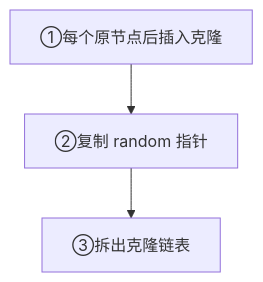
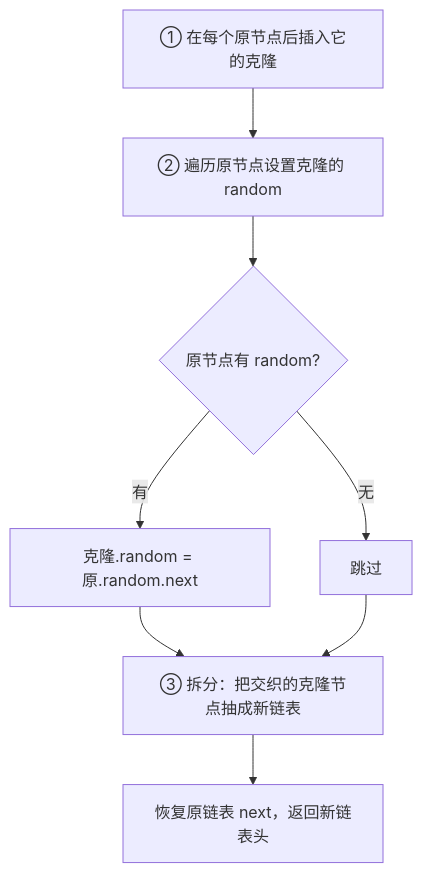
The first of 2 diagrams in 08-链表/0138-随机链表的复制.md (OctalZero/hot100-py), drawn with Mermaid before and after one commit. The commit also changed other lines of this file and 117 other files, not shown here.

First line of the commit message:
feat: 全题解配图升级为「动画式 mermaid」（总览骨架 + 横向时间线逐步推演）

````diff
--- a/08-链表/0138-随机链表的复制.md
+++ b/08-链表/0138-随机链表的复制.md
@@ -31,5 +31,10 @@
 ```mermaid
 flowchart TD
-    A["①每个原节点后插入克隆"] --> B["②复制 random 指针"]
-    B --> C["③拆出克隆链表"]
+    A["① 在每个原节点后插入它的克隆"] --> B["② 遍历原节点设置克隆的 random"]
+    B --> C{"原节点有 random?"}
+    C -->|"有"| D["克隆.random = 原.random.next"]
+    C -->|"无"| E["跳过"]
+    D --> F["③ 拆分：把交织的克隆节点抽成新链表"]
+    E --> F
+    F --> G["恢复原链表 next，返回新链表头"]
 ```
````
